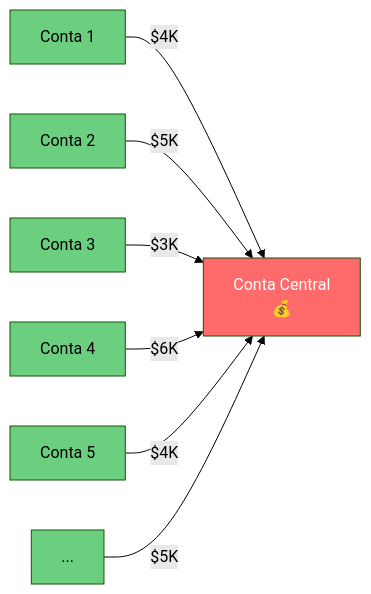
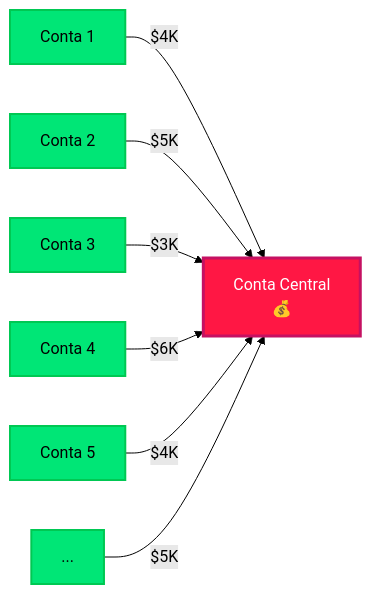
One commit to gregorizeidler/aml-graphs-detection-system changed the fifth of 14 diagrams in README.md. Above: the diagram before and after it, drawn with Mermaid (forest theme). The commit also changed other lines of this file, not shown here.

````diff
--- a/README.md
+++ b/README.md
@@ -188,17 +190,17 @@
 ```mermaid
 graph LR
     A[Conta 1] -->|$4K| G[Conta Central<br/>💰]
     B[Conta 2] -->|$5K| G
     C[Conta 3] -->|$3K| G
     D[Conta 4] -->|$6K| G
     E[Conta 5] -->|$4K| G
     F[...] -->|$5K| G
     
-    style G fill:#ff6b6b,color:#fff
-    style A fill:#6bcf7f
-    style B fill:#6bcf7f
-    style C fill:#6bcf7f
-    style D fill:#6bcf7f
-    style E fill:#6bcf7f
-    style F fill:#6bcf7f
+    style G fill:#FF1744,stroke:#C51162,stroke-width:3px,color:#fff
+    style A fill:#00E676,stroke:#00C853,stroke-width:2px,color:#000
+    style B fill:#00E676,stroke:#00C853,stroke-width:2px,color:#000
+    style C fill:#00E676,stroke:#00C853,stroke-width:2px,color:#000
+    style D fill:#00E676,stroke:#00C853,stroke-width:2px,color:#000
+    style E fill:#00E676,stroke:#00C853,stroke-width:2px,color:#000
+    style F fill:#00E676,stroke:#00C853,stroke-width:2px,color:#000
 ```
````
